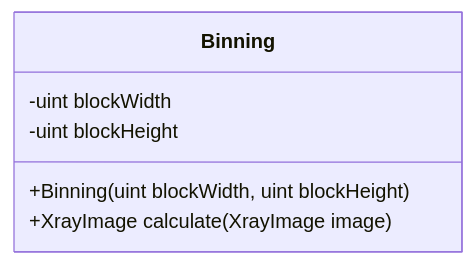
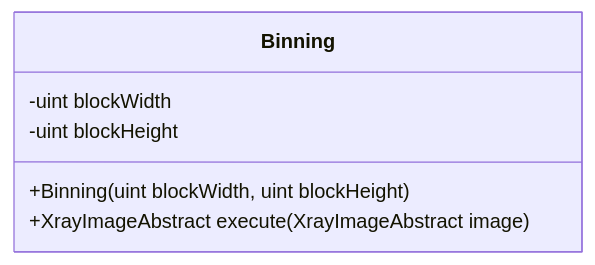
Before and after one commit to fluentux/x-ray-image-enhancer: the third of 5 diagrams in doc/architecture.md, drawn with Mermaid. The commit also changed other lines of this file and 23 other files, not shown here.

````diff
--- a/doc/architecture.md
+++ b/doc/architecture.md
@@ -36,9 +49,9 @@
 ```mermaid
 classDiagram
   class Binning {
     +Binning(uint blockWidth, uint blockHeight)
-    +XrayImage calculate(XrayImage image)
+    +XrayImageAbstract execute(XrayImageAbstract image)
     -uint blockWidth
     -uint blockHeight
   }
 ```
````
